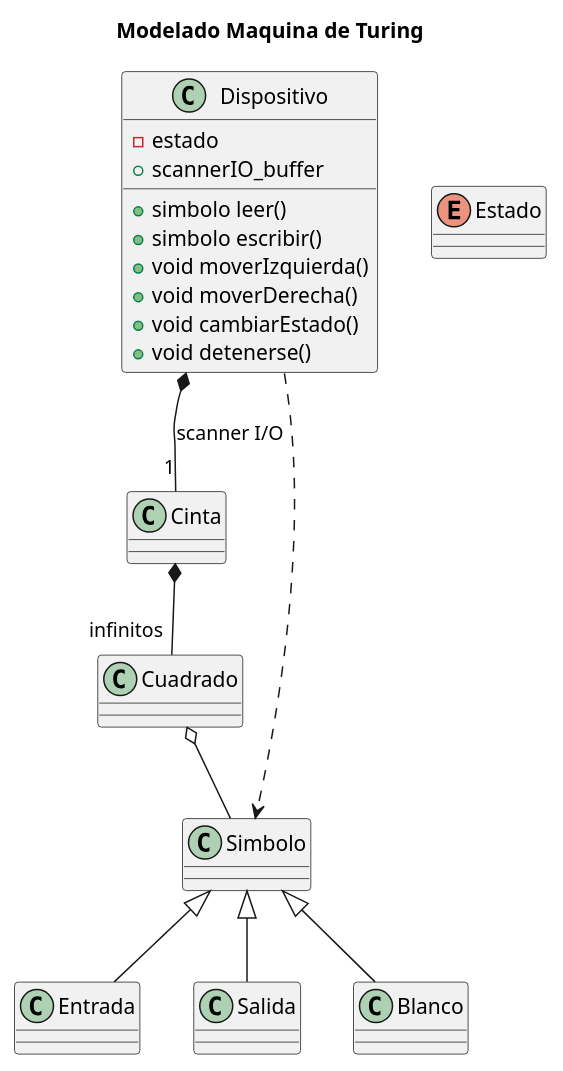
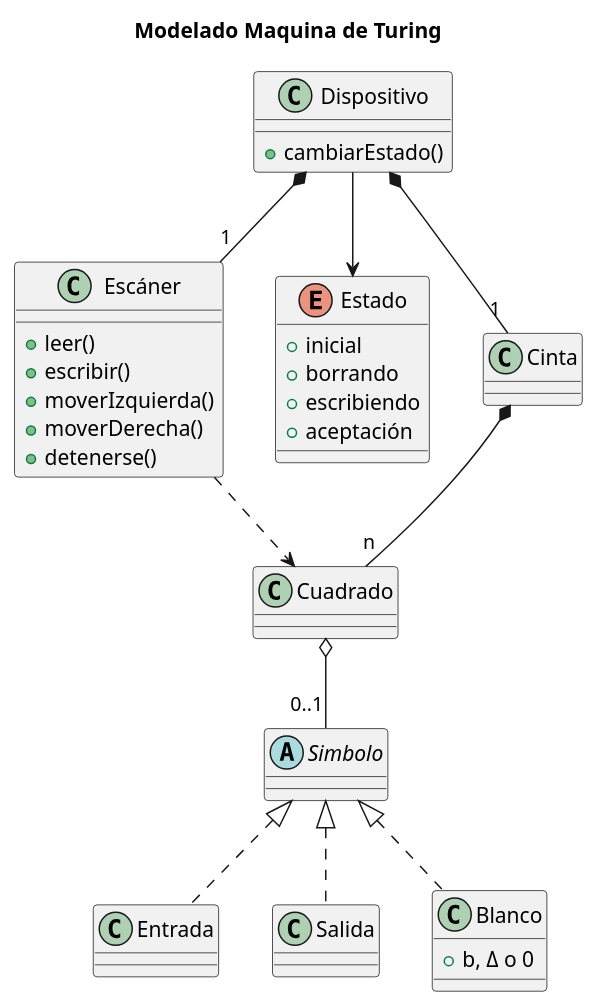
One commit to Joselon/joselon.github.io changed the diagram in PracticasMaster/01_Modelado_O/UML/turing.puml. Above: the diagram before and after it, drawn with PlantUML. The commit also changed 2 other files, not shown here.

```diff
--- a/PracticasMaster/01_Modelado_O/UML/turing.puml
+++ b/PracticasMaster/01_Modelado_O/UML/turing.puml
@@ -1,47 +1,62 @@
 @startuml TuringMachineModel
 
 'skin rose
 title Modelado Maquina de Turing
 
 class Dispositivo{
-- estado
-+ scannerIO_buffer
- +simbolo leer()
- +simbolo escribir()
- +void moverIzquierda()
- +void moverDerecha()
- +void cambiarEstado()
- +void detenerse()
+ + cambiarEstado()
+}
+
+class Escáner {
+ + leer()
+ + escribir()
+ + moverIzquierda()
+ + moverDerecha()
+ + detenerse()
+}
+
+Dispositivo --> Estado
+
+enum Estado{
++ inicial
++ borrando
++ escribiendo
++ aceptación
 }
 
 class Cinta
 class Cuadrado
-class Simbolo
+abstract class Simbolo
 
-Dispositivo *--"1" Cinta :"scanner I/O"
-Cinta *--"infinitos" Cuadrado
-Cuadrado o-- Simbolo
-Dispositivo ..> Simbolo
+Dispositivo *--"1" Escáner
+Dispositivo *--"1" Cinta 
+Cinta *--"n" Cuadrado
+Cuadrado o--"0..1" Simbolo
+Escáner ..> Cuadrado
 
-Simbolo <|-- Entrada
-Simbolo <|-- Salida
-Simbolo <|-- Blanco
+Simbolo <|.. Entrada
+Simbolo <|.. Salida
+Simbolo <|.. Blanco
+
+class Blanco {
+    + b, Δ o 0
+}
+
+
 
 'Padre <|-down- Hija : Herencia
 'AbstractInterfaz <|.. Concreta : Implementacion ?
 'Todo "1" *-up- "many" Parte: Composition
 ' o-- Agregacion
 ' ..> Uso
 '-			private
 '#			protected
 '~			package private
 '+			public
 
-enum Estado{
 
-}
 
 'Duda: Hacer diagrama de estados? de proceso?
 'Duda: Los tipos de simbolos según el alfabeto de E/S: si se incluye el "simbolo especial" blanco y es dejar el cuadrado
 ' en blanco, no sería agregación, si no composición, ya que el estar en blanco es tener un simbolo también?
 @end
```
